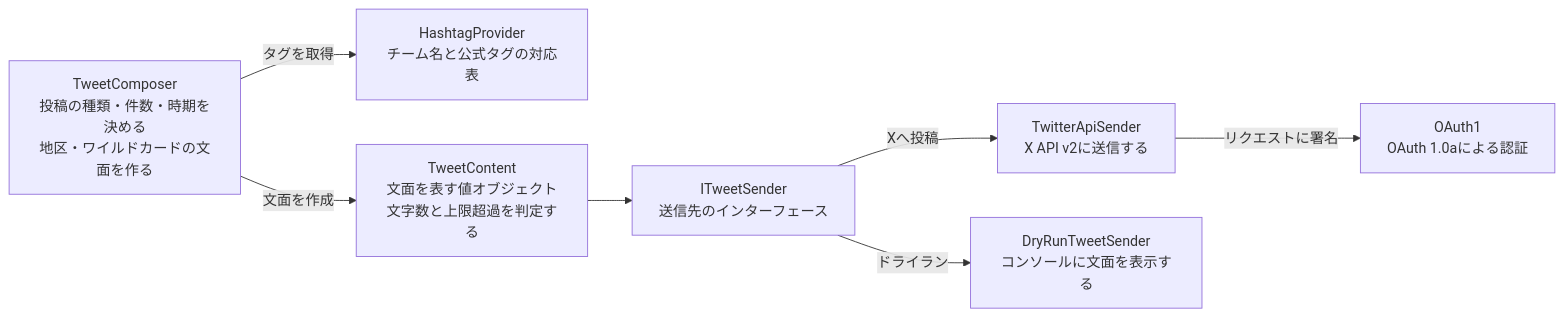
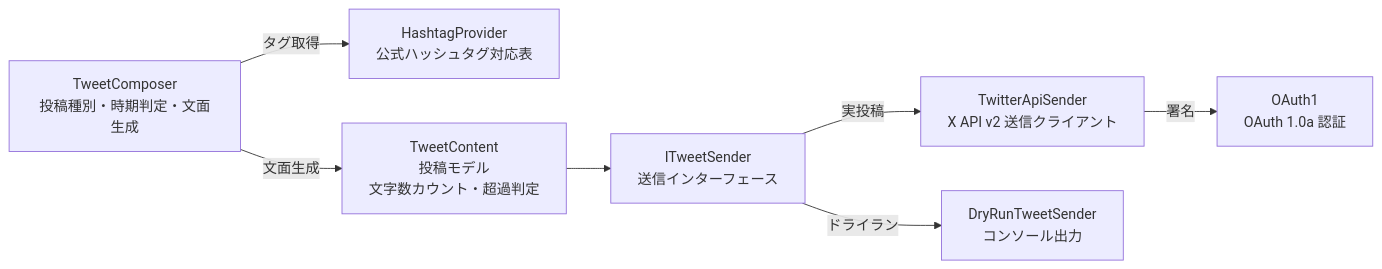
Before and after one commit to shin4488/MlbBot: the third of 4 diagrams in README.md, drawn with Mermaid. The commit also changed other lines of this file and 2 other files, not shown here.

````diff
--- a/README.md
+++ b/README.md
@@ -52,16 +50,16 @@
 ```mermaid
 flowchart LR
-    C["TweetComposer<br>投稿の種類・件数・時期を決める<br>地区・ワイルドカードの文面を作る"] -->|タグを取得| H["HashtagProvider<br>チーム名と公式タグの対応表"]
-    C -->|文面を作成| T["TweetContent<br>文面を表す値オブジェクト<br>文字数と上限超過を判定する"]
-    T --> I["ITweetSender<br>送信先のインターフェース"]
-    I -->|Xへ投稿| X["TwitterApiSender<br>X API v2に送信する"]
-    X -->|リクエストに署名| A["OAuth1<br>OAuth 1.0aによる認証"]
-    I -->|ドライラン| D["DryRunTweetSender<br>コンソールに文面を表示する"]
+    C["TweetComposer<br>投稿種別・時期判定・文面生成"] -->|タグ取得| H["HashtagProvider<br>公式ハッシュタグ対応表"]
+    C -->|文面生成| T["TweetContent<br>投稿モデル<br>文字数カウント・超過判定"]
+    T --> I["ITweetSender<br>送信インターフェース"]
+    I -->|実投稿| X["TwitterApiSender<br>X API v2 送信クライアント"]
+    X -->|署名| A["OAuth1<br>OAuth 1.0a 認証"]
+    I -->|ドライラン| D["DryRunTweetSender<br>コンソール出力"]
     click C "TwitterMlbBot/Composing/TweetComposer.cs"
     click H "TwitterMlbBot/Composing/HashtagProvider.cs"
     click T "TwitterMlbBot/Composing/TweetContent.cs"
     click I "TwitterMlbBot/Twitter/ITweetSender.cs"
     click X "TwitterMlbBot/Twitter/TwitterApiSender.cs"
     click A "TwitterMlbBot/Authorization/OAuth1.cs"
     click D "TwitterMlbBot/Twitter/DryRunTweetSender.cs"
 ```
````
